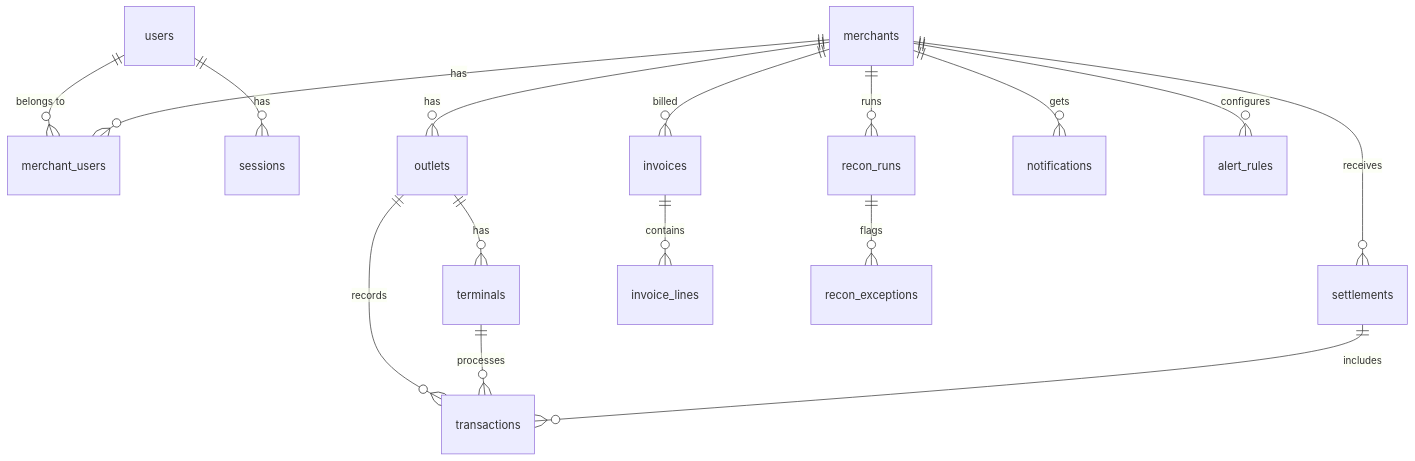
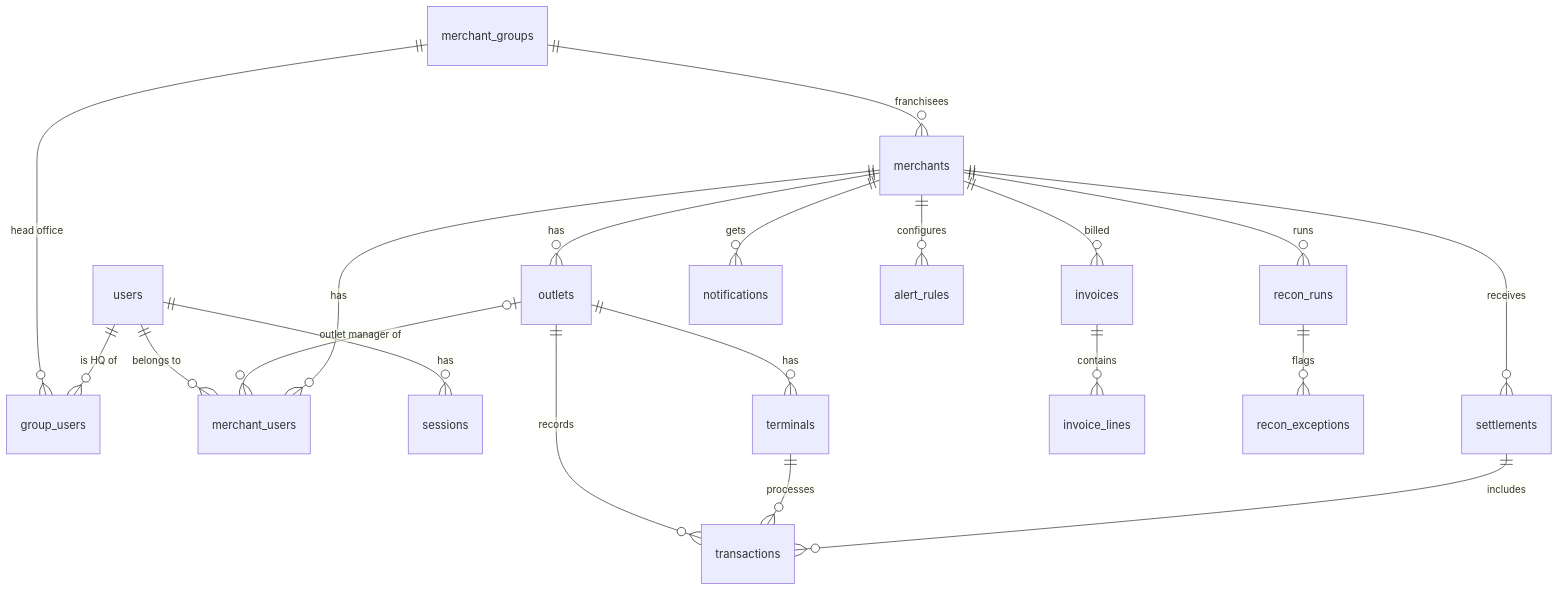
Before and after one commit to 24042452/FYP-Project: the second of 2 diagrams in docs/02-technical-design.md, drawn with Mermaid. The commit also changed other lines of this file and 50 other files, not shown here.

First line of the commit message:
feat: three tiers of access for franchises (head office, franchisee, outlet)

````diff
--- a/docs/02-technical-design.md
+++ b/docs/02-technical-design.md
@@ -99,18 +99,22 @@
 ```mermaid
 erDiagram
+  merchant_groups ||--o{ merchants : "franchisees"
+  merchant_groups ||--o{ group_users : "head office"
+  users ||--o{ group_users : "is HQ of"
   users ||--o{ merchant_users : "belongs to"
+  outlets |o--o{ merchant_users : "outlet manager of"
   users ||--o{ sessions : has
   merchants ||--o{ merchant_users : has
   merchants ||--o{ outlets : has
   outlets ||--o{ terminals : has
   outlets ||--o{ transactions : records
   terminals ||--o{ transactions : processes
   merchants ||--o{ settlements : receives
   settlements ||--o{ transactions : includes
   merchants ||--o{ invoices : billed
   invoices ||--o{ invoice_lines : contains
   merchants ||--o{ recon_runs : runs
   recon_runs ||--o{ recon_exceptions : flags
   merchants ||--o{ notifications : gets
   merchants ||--o{ alert_rules : configures
 ```
````
